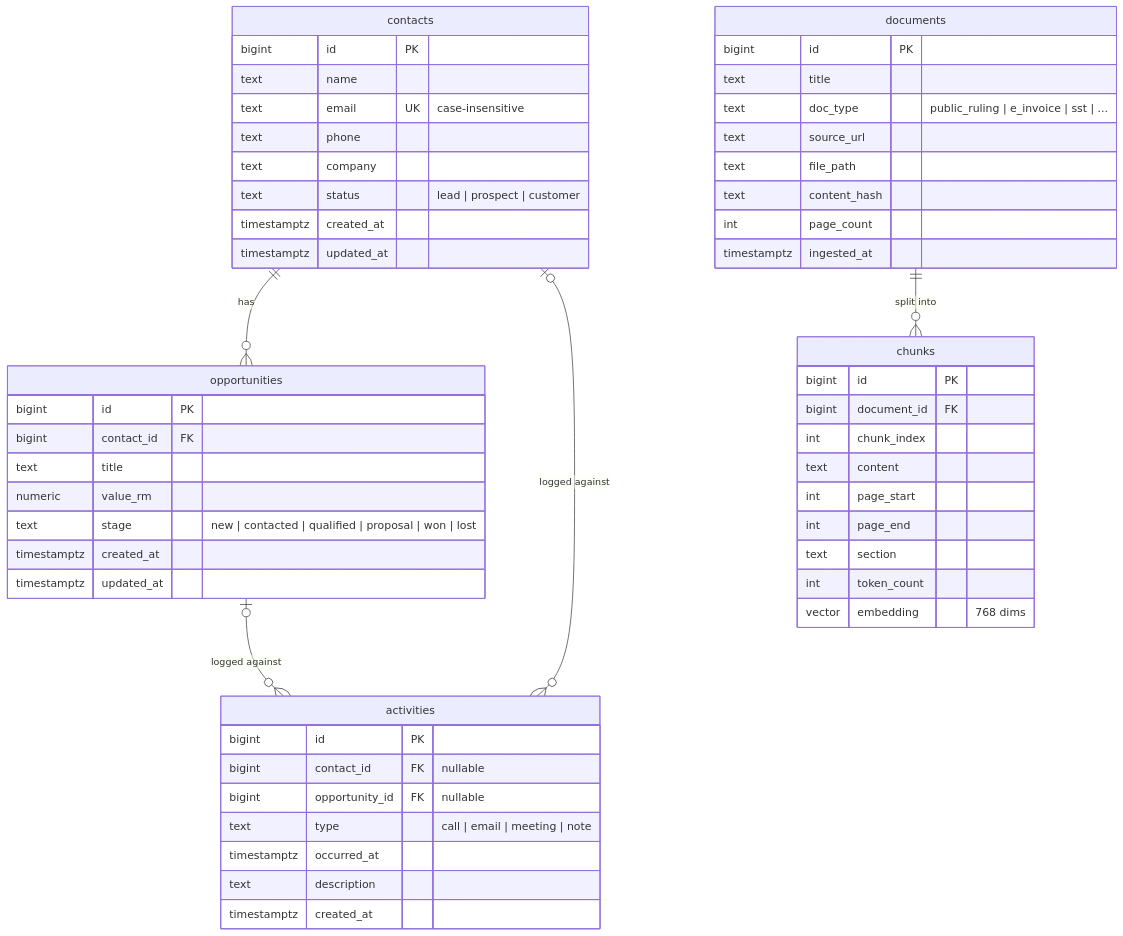
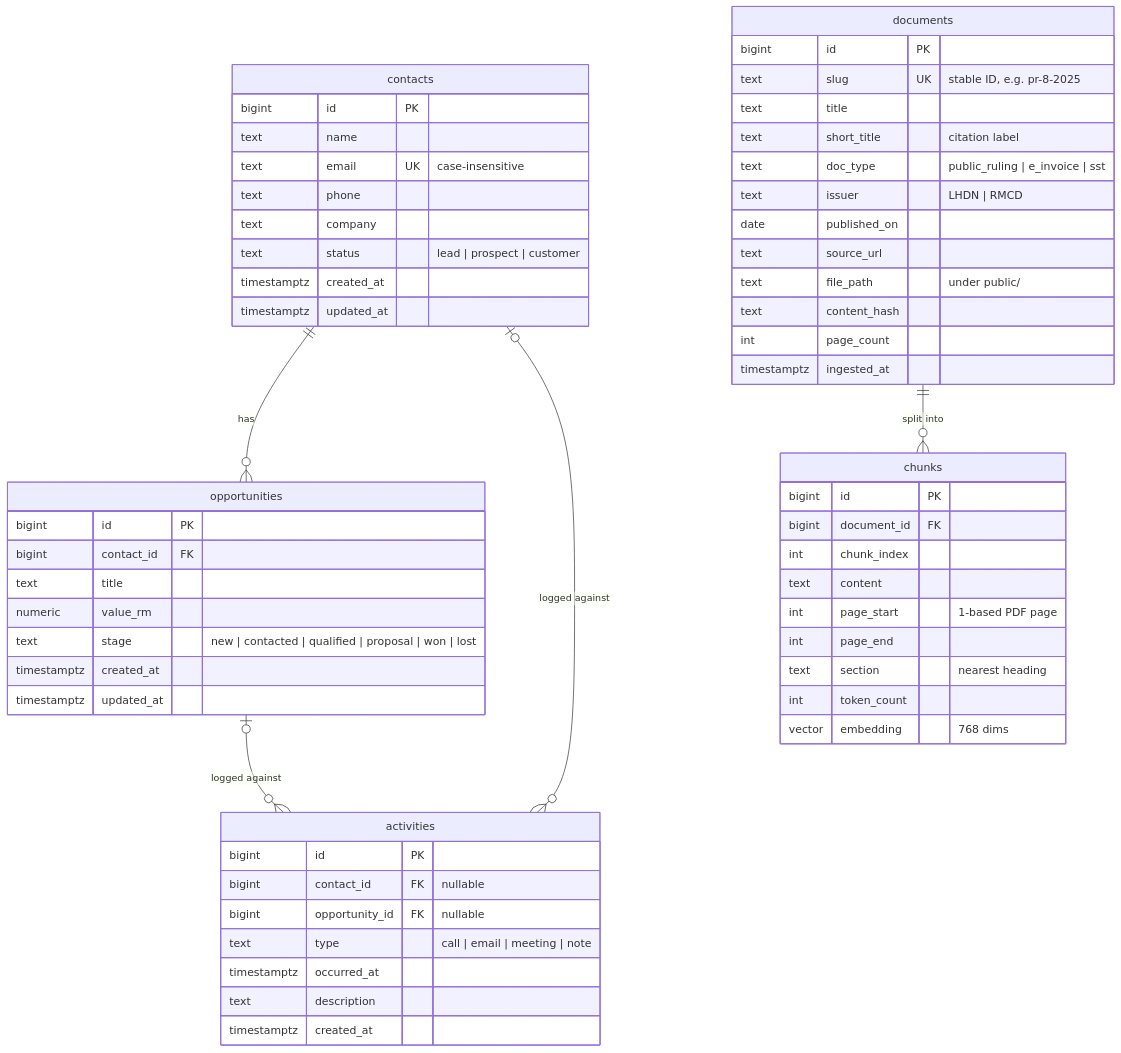
The second of 3 diagrams in ARCHITECTURE.md (hanswys/taxpod-crm-ai), drawn with Mermaid before and after one commit. The commit also changed other lines of this file and 22 other files, not shown here.

````diff
--- a/ARCHITECTURE.md
+++ b/ARCHITECTURE.md
@@ -89,57 +89,61 @@
 ```mermaid
 erDiagram
   contacts ||--o{ opportunities : has
   contacts |o--o{ activities : "logged against"
   opportunities |o--o{ activities : "logged against"
   documents ||--o{ chunks : "split into"
 
   contacts {
     bigint id PK
     text name
     text email UK "case-insensitive"
     text phone
     text company
     text status "lead | prospect | customer"
     timestamptz created_at
     timestamptz updated_at
   }
   opportunities {
     bigint id PK
     bigint contact_id FK
     text title
     numeric value_rm
     text stage "new | contacted | qualified | proposal | won | lost"
     timestamptz created_at
     timestamptz updated_at
   }
   activities {
     bigint id PK
     bigint contact_id FK "nullable"
     bigint opportunity_id FK "nullable"
     text type "call | email | meeting | note"
     timestamptz occurred_at
     text description
     timestamptz created_at
   }
   documents {
     bigint id PK
+    text slug UK "stable ID, e.g. pr-8-2025"
     text title
-    text doc_type "public_ruling | e_invoice | sst | ..."
+    text short_title "citation label"
+    text doc_type "public_ruling | e_invoice | sst"
+    text issuer "LHDN | RMCD"
+    date published_on
     text source_url
-    text file_path
+    text file_path "under public/"
     text content_hash
     int page_count
     timestamptz ingested_at
   }
   chunks {
     bigint id PK
     bigint document_id FK
     int chunk_index
     text content
-    int page_start
+    int page_start "1-based PDF page"
     int page_end
-    text section
+    text section "nearest heading"
     int token_count
     vector embedding "768 dims"
   }
 ```
````
